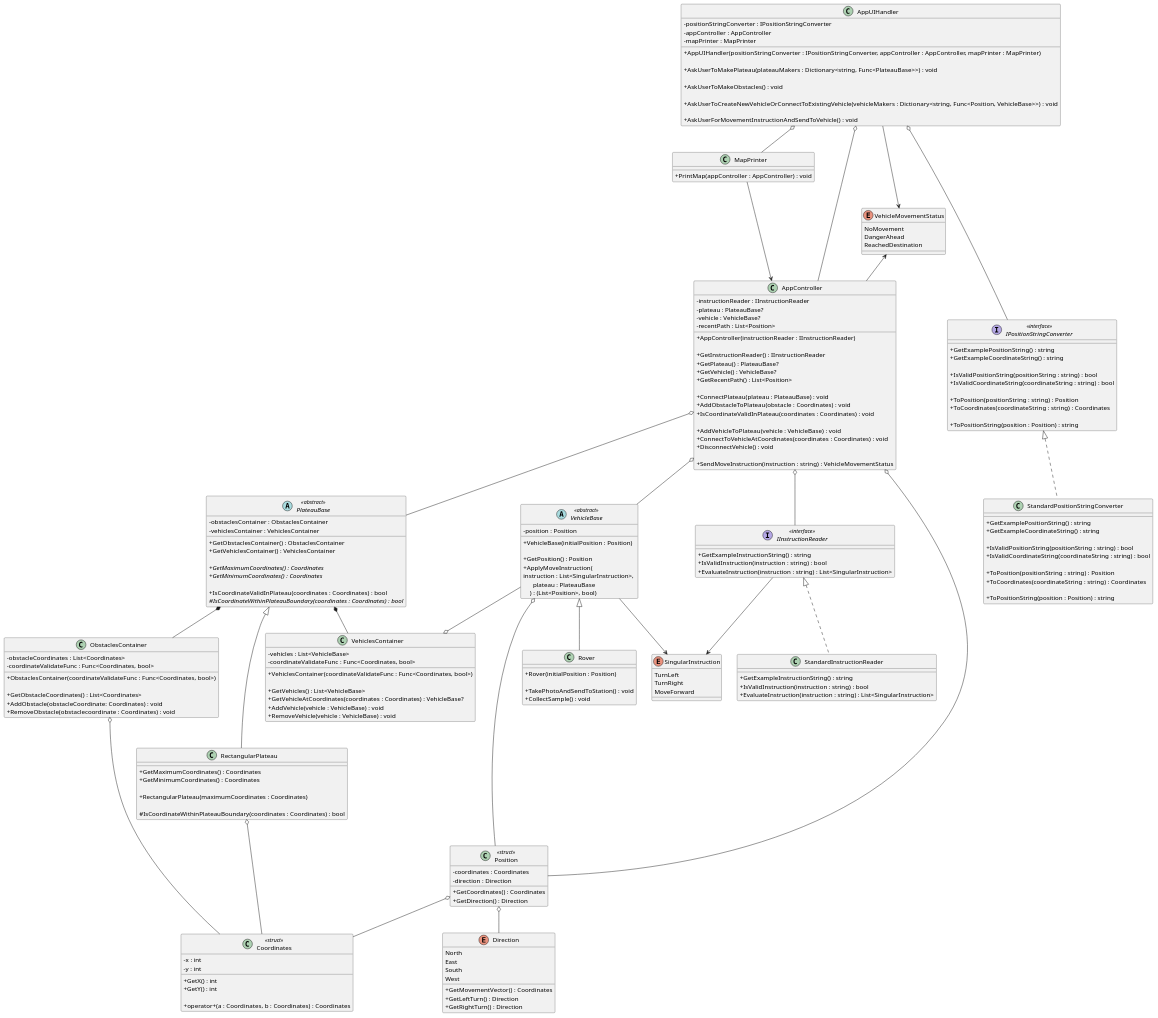
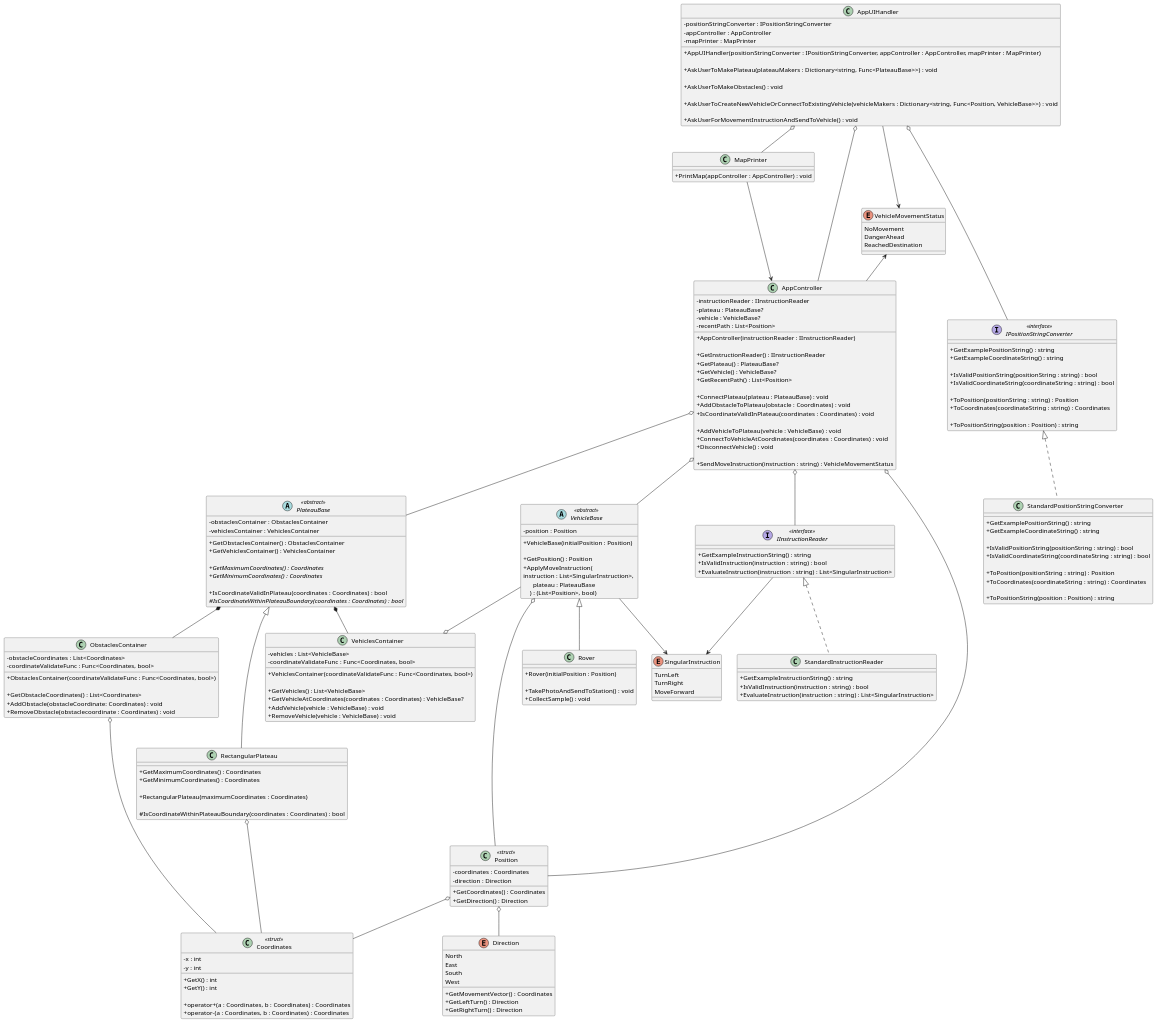
The diagram in diagrams/MarsRoverChallenge.puml (iamfranco/MarsRoverChallenge), drawn with PlantUML before and after one commit. The commit also changed 1 other file, not shown here.

Commit message:
UML: add - operator overload for Coordinates

```diff
--- a/diagrams/MarsRoverChallenge.puml
+++ b/diagrams/MarsRoverChallenge.puml
@@ -135,6 +135,7 @@
   + GetY() : int
 
   + operator+(a : Coordinates, b : Coordinates) : Coordinates
+  + operator-(a : Coordinates, b : Coordinates) : Coordinates
 }
 
 enum Direction
```
